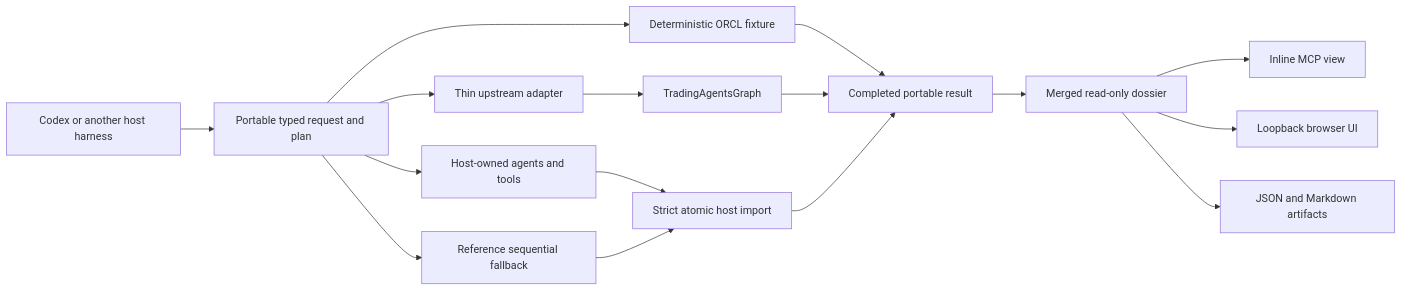
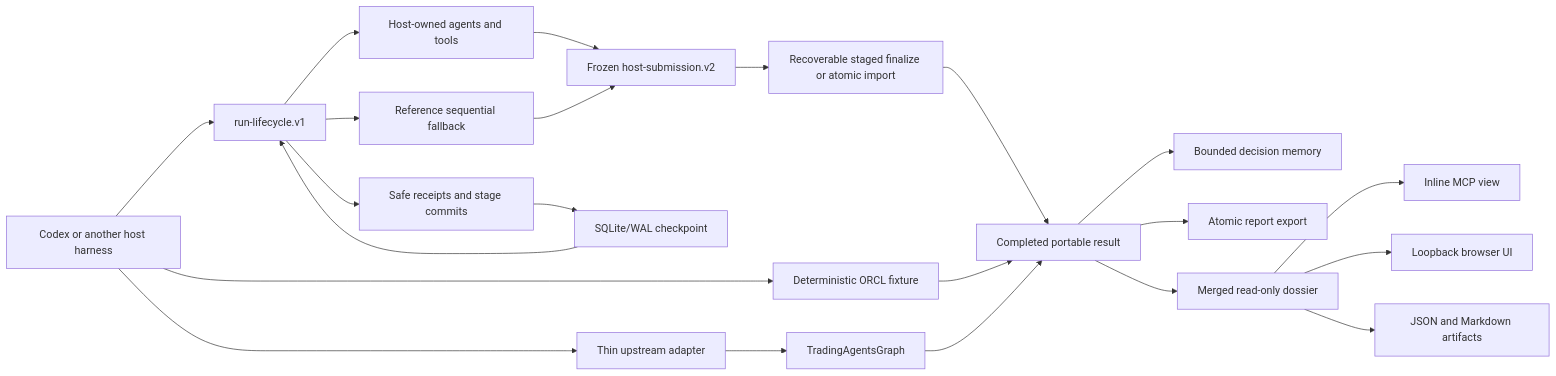
Before and after one commit to harshitagarwal2/StockResearchAgents: the diagram in docs/ARCHITECTURE.md, drawn with Mermaid. The commit also changed other lines of this file and 49 other files, not shown here.

````diff
--- a/docs/ARCHITECTURE.md
+++ b/docs/ARCHITECTURE.md
@@ -34,18 +37,24 @@
 ```mermaid
 flowchart LR
-    H["Codex or another host harness"] --> P["Portable typed request and plan"]
-    P --> N["Host-owned agents and tools"]
-    P --> S["Reference sequential fallback"]
-    P --> F["Deterministic ORCL fixture"]
-    P --> A["Thin upstream adapter"]
+    H["Codex or another host harness"] --> L["run-lifecycle.v1"]
+    L --> N["Host-owned agents and tools"]
+    L --> S["Reference sequential fallback"]
+    L --> R["Safe receipts and stage commits"]
+    R --> Q["SQLite/WAL checkpoint"]
+    Q --> L
+    H --> F["Deterministic ORCL fixture"]
+    H --> A["Thin upstream adapter"]
     A --> G["TradingAgentsGraph"]
-    N --> I["Strict atomic host import"]
-    S --> I
+    N --> D["Frozen host-submission.v2"]
+    S --> D
+    D --> I["Recoverable staged finalize or atomic import"]
     F --> C["Completed portable result"]
     G --> C
     I --> C
+    C --> M["Bounded decision memory"]
+    C --> X["Atomic report export"]
     C --> V["Merged read-only dossier"]
     V --> E["Inline MCP view"]
     V --> B["Loopback browser UI"]
     V --> T["JSON and Markdown artifacts"]
 ```
````
